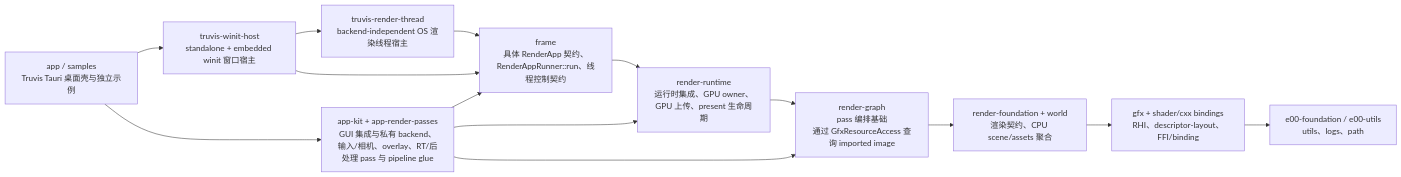
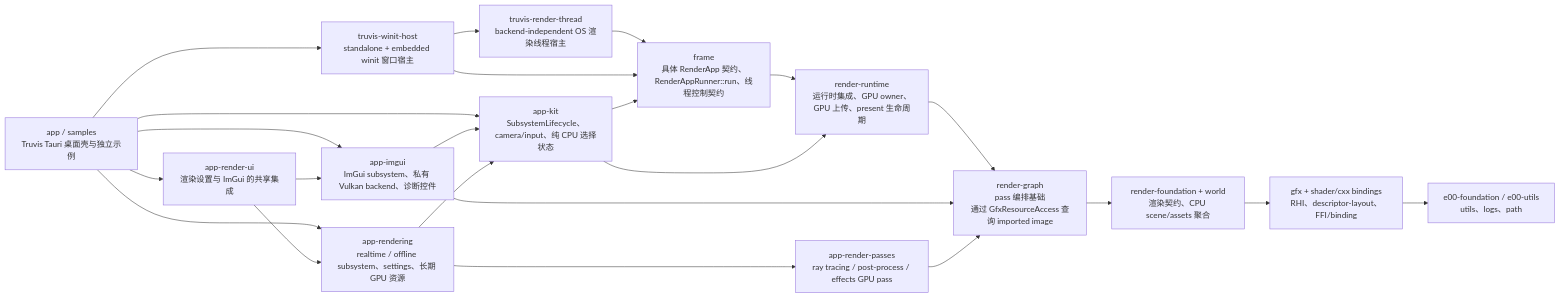
Before and after one commit to acccoco/TruvisRenderer: the second of 3 diagrams in docs/summaries/layering-and-dependency-boundaries.md, drawn with Mermaid. The commit also changed other lines of this file and 85 other files, not shown here.

Commit message:
[refactor/app] 拆分 App crate 并统一 Subsystem 架构

````diff
--- a/docs/summaries/layering-and-dependency-boundaries.md
+++ b/docs/summaries/layering-and-dependency-boundaries.md
@@ -40,18 +40,28 @@
 ```mermaid
 flowchart LR
     Foundation["e00-foundation / e00-utils<br/>utils、logs、path"]
     Gfx["gfx + shader/cxx bindings<br/>RHI、descriptor-layout、FFI/binding"]
     Core["render-foundation + world<br/>渲染契约、CPU scene/assets 聚合"]
     RenderDomain["render-graph<br/>pass 编排基础<br/>通过 GfxResourceAccess 查询 imported image"]
     Runtime["render-runtime<br/>运行时集成、GPU owner、GPU 上传、present 生命周期"]
     Frame["frame<br/>具体 RenderApp 契约、RenderAppRunner::run、线程控制契约"]
-    AppKit["app-kit + app-render-passes<br/>GUI 集成与私有 backend、输入/相机、overlay、RT/后处理 pass 与 pipeline glue"]
+    AppKit["app-kit<br/>SubsystemLifecycle、camera/input、纯 CPU 选择状态"]
+    AppImGui["app-imgui<br/>ImGui subsystem、私有 Vulkan backend、诊断控件"]
+    AppPasses["app-render-passes<br/>ray tracing / post-process / effects GPU pass"]
+    AppRendering["app-rendering<br/>realtime / offline subsystem、settings、长期 GPU 资源"]
+    AppRenderUi["app-render-ui<br/>渲染设置与 ImGui 的共享集成"]
     App["app / samples<br/>Truvis Tauri 桌面壳与独立示例"]
     WindowHost["truvis-winit-host<br/>standalone + embedded winit 窗口宿主"]
     RenderThread["truvis-render-thread<br/>backend-independent OS 渲染线程宿主"]
     App --> WindowHost --> RenderThread --> Frame --> Runtime --> RenderDomain --> Core --> Gfx --> Foundation
     WindowHost --> Frame
     App --> AppKit --> Frame
+    App --> AppImGui --> AppKit
+    App --> AppRendering --> AppKit
+    AppRendering --> AppPasses
+    App --> AppRenderUi --> AppImGui
+    AppRenderUi --> AppRendering
     AppKit --> Runtime
-    AppKit --> RenderDomain
+    AppImGui --> RenderDomain
+    AppPasses --> RenderDomain
 ```
````
